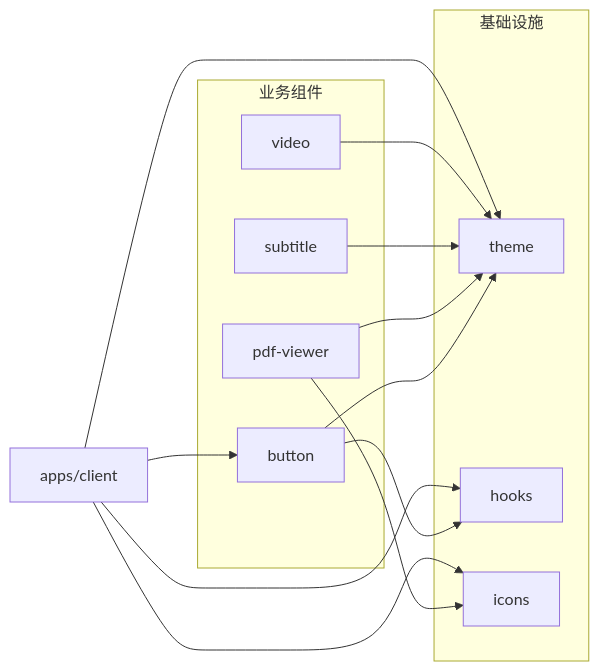
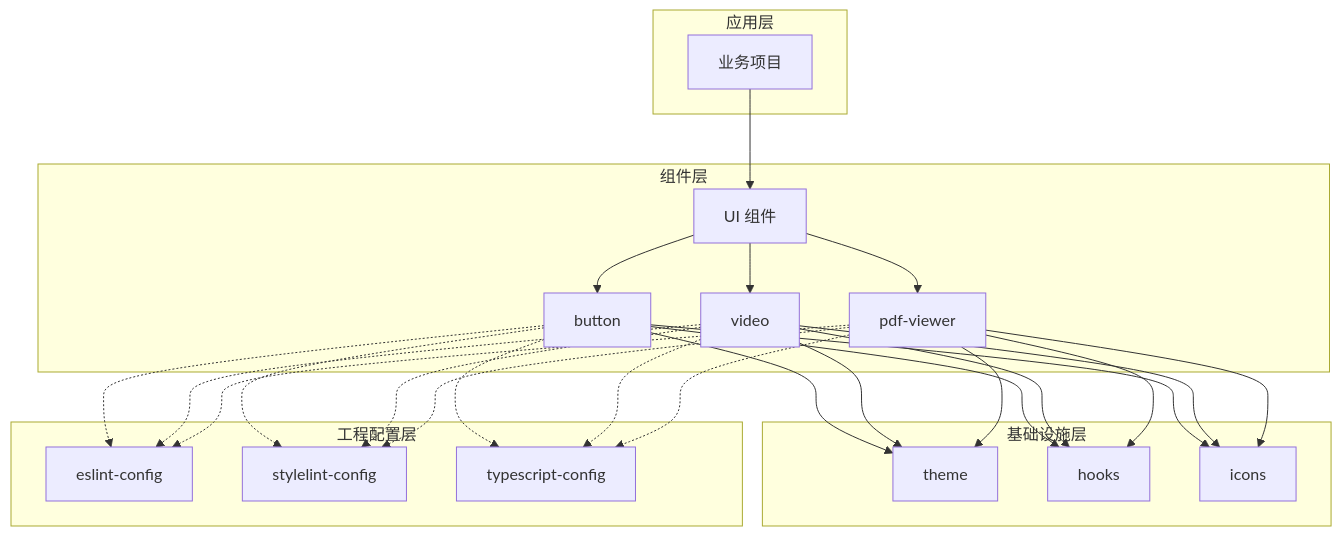
Before and after one commit to sunweijieMJ/aix: the third of 18 diagrams in docs/guide/architecture.md, drawn with Mermaid. The commit also changed other lines of this file and 3 other files, not shown here.

First line of the commit message:
docs: 完善架构设计文档，优化 Mermaid 图表

````diff
--- a/docs/guide/architecture.md
+++ b/docs/guide/architecture.md
@@ -75,27 +169,30 @@
 ```mermaid
-graph LR
-    subgraph 业务组件
-        B[button]
-        P[pdf-viewer]
-        S[subtitle]
-        V[video]
+graph TB
+    subgraph "应用层"
+        A[业务项目]
     end
 
-    subgraph 基础设施
-        T[theme]
-        H[hooks]
-        I[icons]
+    subgraph "组件层"
+        B[UI 组件]
+        B1[button]
+        B2[video]
+        B3[pdf-viewer]
     end
 
-    B --> T
-    B --> H
-    P --> T
-    P --> I
-    S --> T
-    V --> T
+    subgraph "基础设施层"
+        C[theme]
+        D[hooks]
+        E[icons]
+    end
 
-    C[apps/client] --> B
-    C --> T
-    C --> H
-    C --> I
+    subgraph "工程配置层"
+        F[eslint-config]
+        G[stylelint-config]
+        H[typescript-config]
+    end
+
+    A --> B
+    B --> B1 & B2 & B3
+    B1 & B2 & B3 --> C & D & E
+    B1 & B2 & B3 -.-> F & G & H
 ```
````
